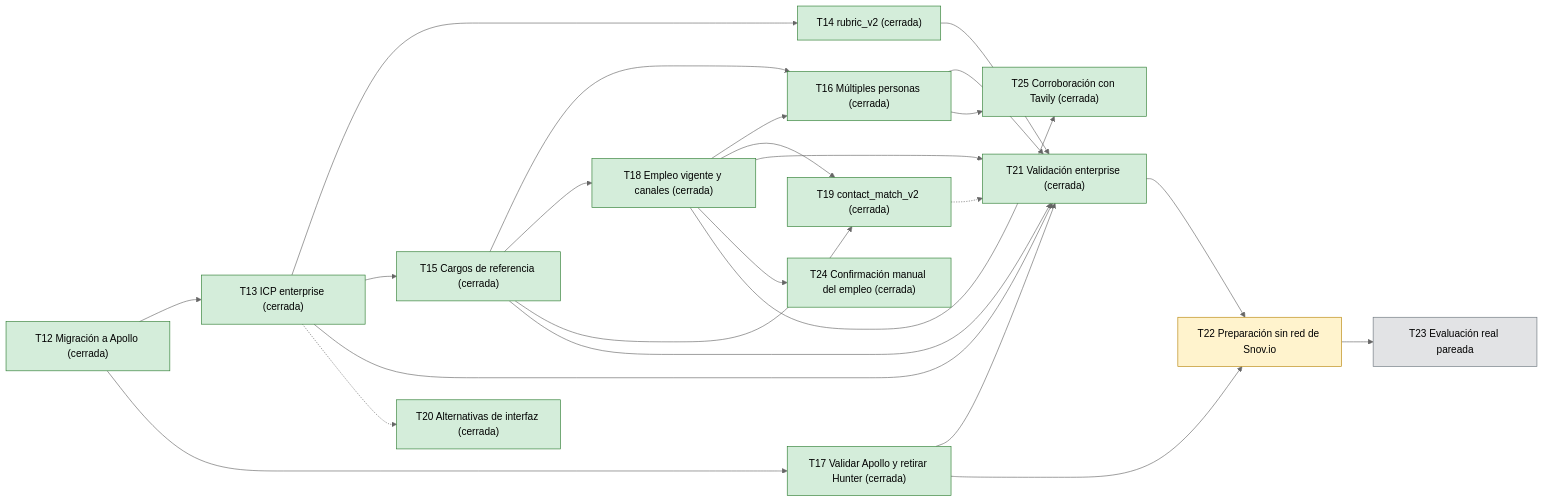
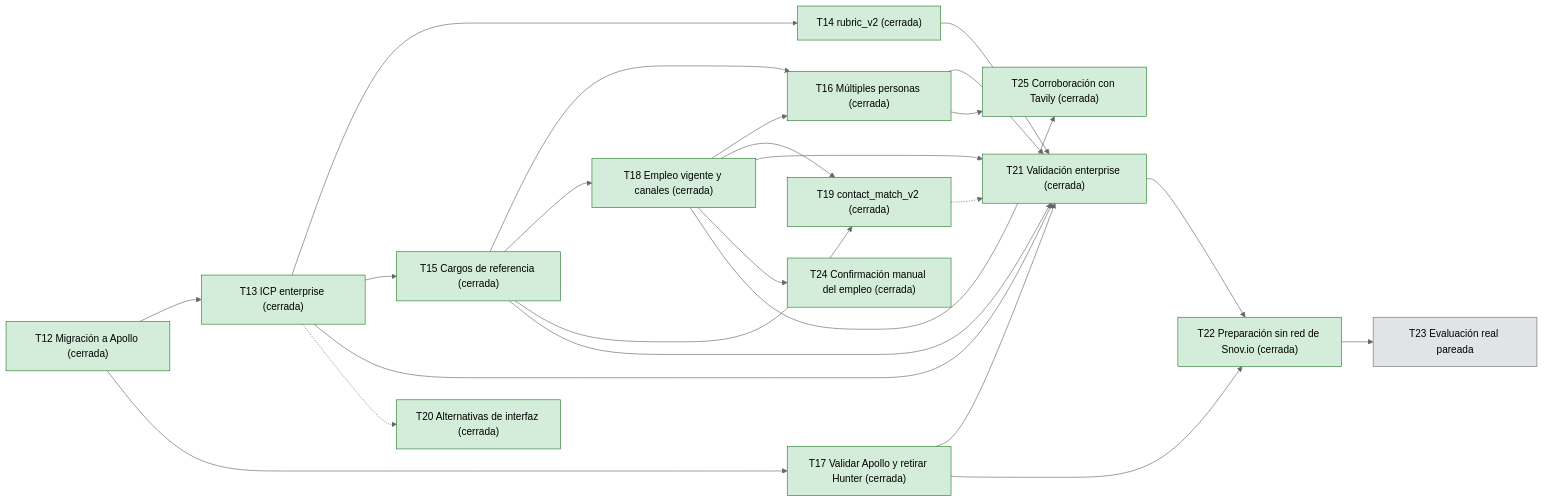
One commit to ThomasSerna/veryfi-prospecting changed the diagram in docs/Roadmap.md. Above: the diagram before and after it, drawn with Mermaid (neutral theme). The commit also changed other lines of this file, not shown here.

Commit message:
docs: cerrar la preparación T22 y dejar pendiente la evaluación T23

````diff
--- a/docs/Roadmap.md
+++ b/docs/Roadmap.md
@@ -56,43 +55,42 @@
 ```mermaid
 flowchart LR
     T12["T12 Migración a Apollo (cerrada)"]:::closed
     T13["T13 ICP enterprise (cerrada)"]:::closed
     T14["T14 rubric_v2 (cerrada)"]:::closed
     T15["T15 Cargos de referencia (cerrada)"]:::closed
     T16["T16 Múltiples personas (cerrada)"]:::closed
     T17["T17 Validar Apollo y retirar Hunter (cerrada)"]:::closed
     T18["T18 Empleo vigente y canales (cerrada)"]:::closed
     T19["T19 contact_match_v2 (cerrada)"]:::closed
     T20["T20 Alternativas de interfaz (cerrada)"]:::closed
     T21["T21 Validación enterprise (cerrada)"]:::closed
-    T22["T22 Preparación sin red de Snov.io"]:::ready
-    T23["T23 Evaluación real pareada"]:::blocked
+    T22["T22 Preparación sin red de Snov.io (cerrada)"]:::closed
+    T23["T23 Evaluación real pareada"]:::pending
     T24["T24 Confirmación manual del empleo (cerrada)"]:::closed
     T25["T25 Corroboración con Tavily (cerrada)"]:::closed
     T12 --> T13
     T12 --> T17
     T13 --> T14
     T13 --> T15
     T15 --> T16
     T15 --> T18
     T15 --> T19
     T18 --> T16
     T18 --> T19
     T13 --> T21
     T14 --> T21
     T15 --> T21
     T16 --> T21
     T17 --> T21
     T18 --> T21
     T21 --> T22
     T17 --> T22
     T22 --> T23
     T13 -.-> T20
     T19 -.-> T21
     T18 --> T24
     T18 --> T25
     T16 --> T25
     classDef closed fill:#d4edda,stroke:#2e7d32
-    classDef ready fill:#fff3cd,stroke:#b8860b
-    classDef blocked fill:#e2e3e5,stroke:#6c757d
+    classDef pending fill:#e2e3e5,stroke:#6c757d
 ```
````
